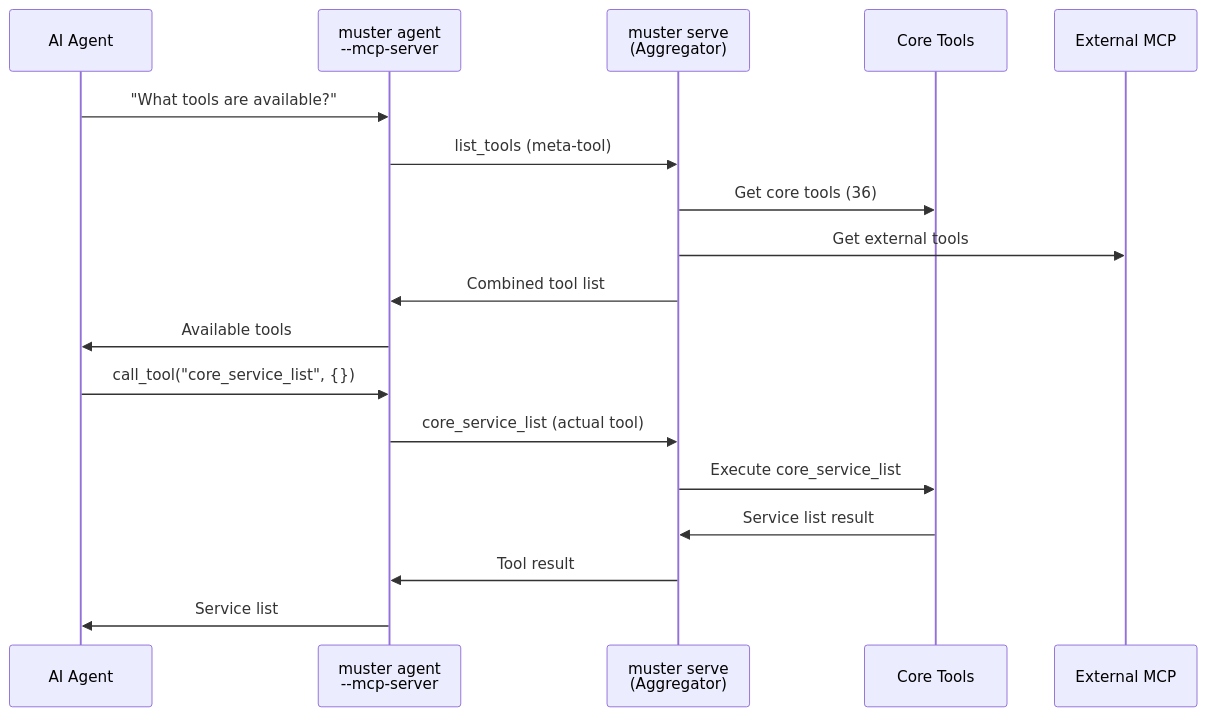
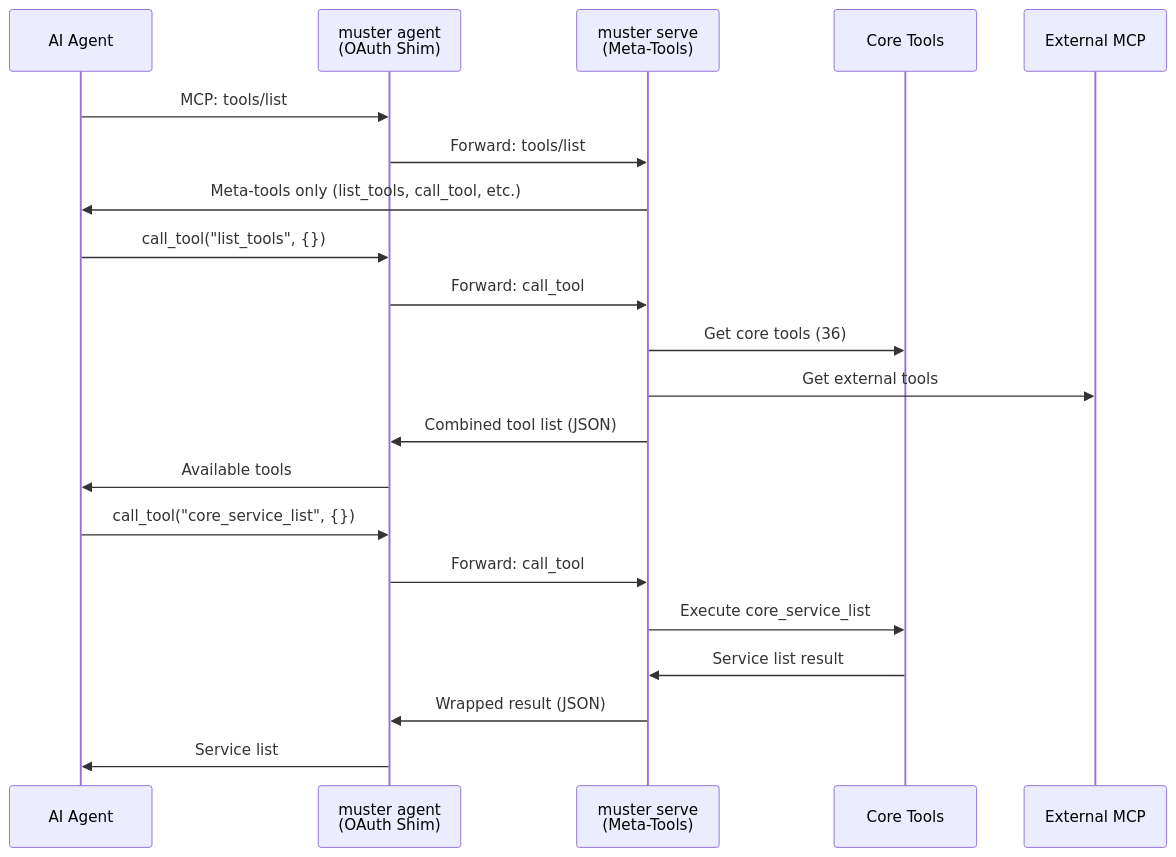
The second of 5 diagrams in docs/explanation/architecture.md (giantswarm/muster), drawn with Mermaid before and after one commit. The commit also changed other lines of this file and 8 other files, not shown here.

First line of the commit message:
Docs: Server-Side Meta-Tools Documentation (closes #345)

````diff
--- a/docs/explanation/architecture.md
+++ b/docs/explanation/architecture.md
@@ -108,22 +114,26 @@
 ```mermaid
 sequenceDiagram
     participant AI as AI Agent
-    participant Agent as muster agent<br/>--mcp-server
-    participant Agg as muster serve<br/>(Aggregator)
+    participant Agent as muster agent<br/>(OAuth Shim)
+    participant Server as muster serve<br/>(Meta-Tools)
     participant Core as Core Tools
     participant Ext as External MCP
 
-    AI->>Agent: "What tools are available?"
-    Agent->>Agg: list_tools (meta-tool)
-    Agg->>Core: Get core tools (36)
-    Agg->>Ext: Get external tools
-    Agg->>Agent: Combined tool list
+    AI->>Agent: MCP: tools/list
+    Agent->>Server: Forward: tools/list
+    Server->>AI: Meta-tools only (list_tools, call_tool, etc.)
+
+    AI->>Agent: call_tool("list_tools", {})
+    Agent->>Server: Forward: call_tool
+    Server->>Core: Get core tools (36)
+    Server->>Ext: Get external tools
+    Server->>Agent: Combined tool list (JSON)
     Agent->>AI: Available tools
 
     AI->>Agent: call_tool("core_service_list", {})
-    Agent->>Agg: core_service_list (actual tool)
-    Agg->>Core: Execute core_service_list
-    Core->>Agg: Service list result
-    Agg->>Agent: Tool result
+    Agent->>Server: Forward: call_tool
+    Server->>Core: Execute core_service_list
+    Core->>Server: Service list result
+    Server->>Agent: Wrapped result (JSON)
     Agent->>AI: Service list
 ```
````
